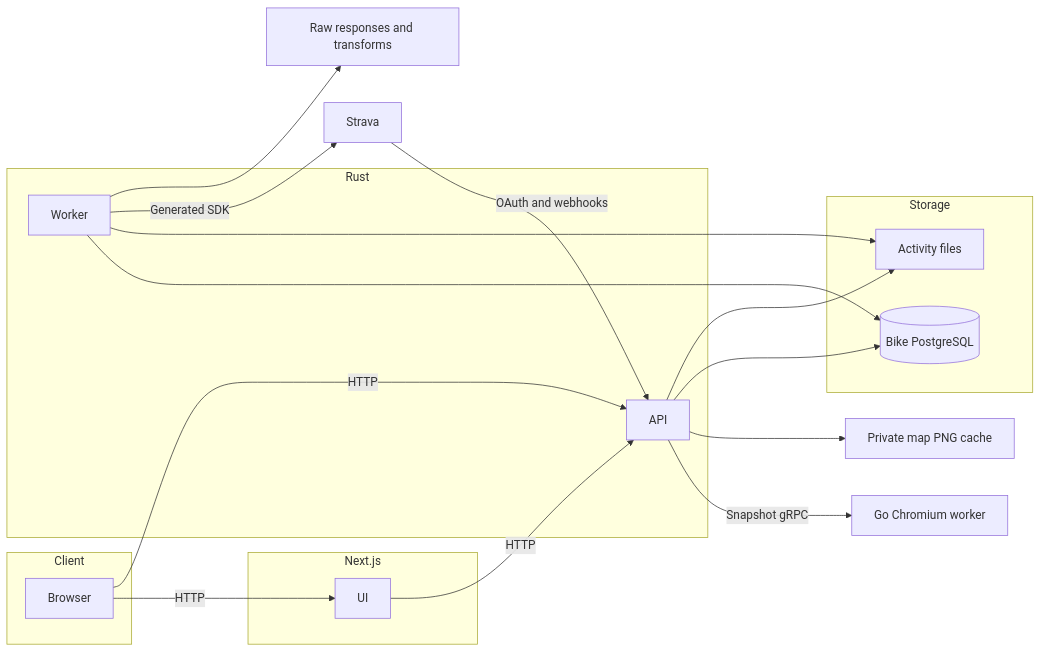
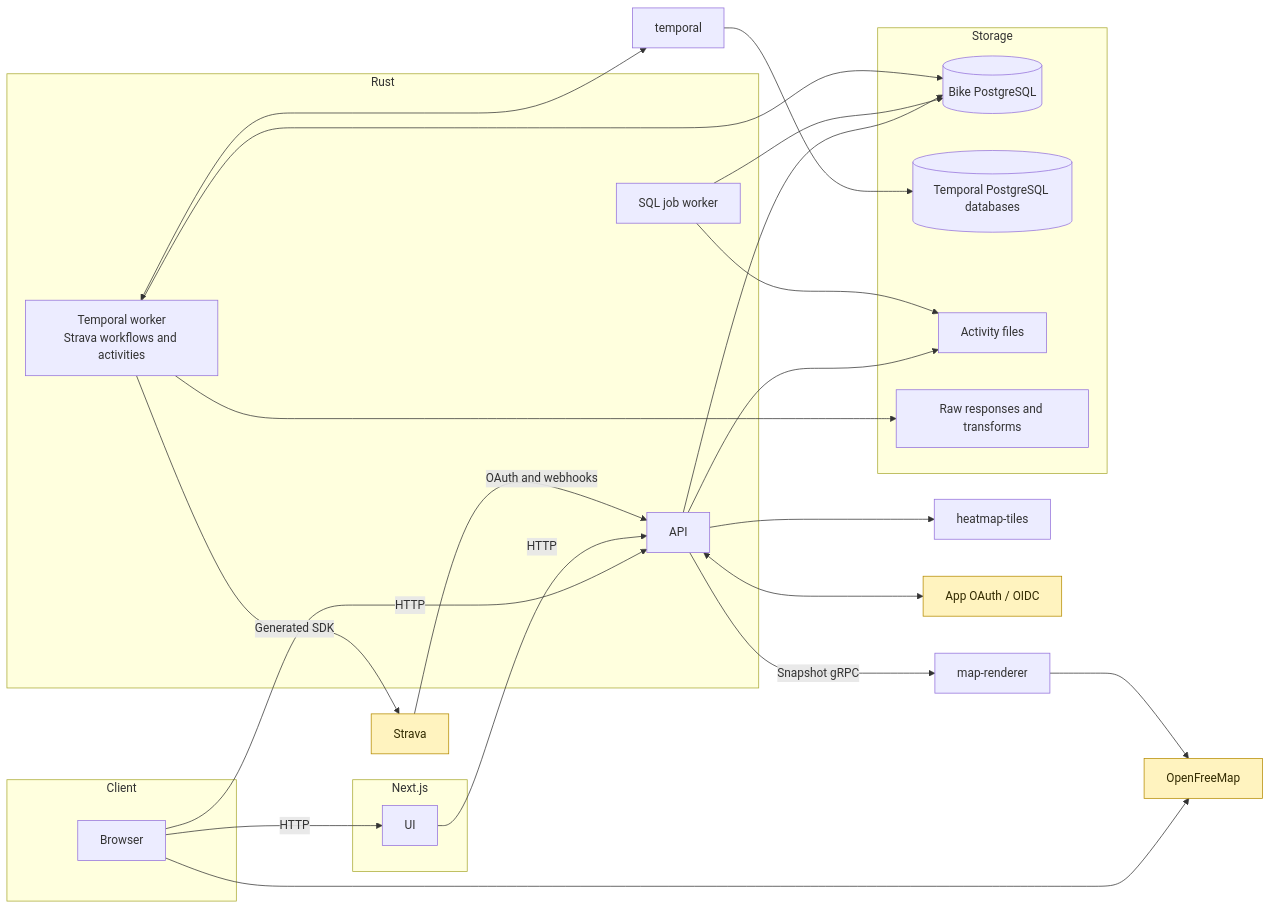
One commit to ericbutera/bike changed the diagram in README.md. Above: the diagram before and after it, drawn with Mermaid. The commit also changed other lines of this file and 1 other file, not shown here.

Commit message:
docs: clarify architecture and streamline README

````diff
--- a/README.md
+++ b/README.md
@@ -93,33 +77,45 @@
 ```mermaid
 flowchart LR
     subgraph Client
         Browser
     end
 
     subgraph Frontend["Next.js"]
         UI
     end
 
     subgraph Backend["Rust"]
         API
-        Worker
+        Worker["SQL job worker"]
+        TemporalWorker["Temporal worker<br/>Strava workflows and activities"]
     end
 
     subgraph Storage
         DB[(Bike PostgreSQL)]
+        TemporalDB[(Temporal PostgreSQL databases)]
         Files["Activity files"]
+        ProviderObjects["Raw responses and transforms"]
     end
 
     Browser -->|HTTP| UI
     Browser -->|HTTP| API
     UI -->|HTTP| API
-    API -->|Snapshot gRPC| Maps["Go Chromium worker"]
-    API --> MapCache["Private map PNG cache"]
+    API -->|Snapshot gRPC| Maps["map-renderer"]
+    API --> HeatmapTiles["heatmap-tiles"]
     API --> DB
     Worker --> DB
     API --> Files
     Worker --> Files
     Strava -->|OAuth and webhooks| API
-    Worker -->|Generated SDK| Strava
-    Worker --> ProviderObjects[Raw responses and transforms]
+    TemporalWorker --> DB
+    TemporalWorker <--> Temporal["temporal"]
+    Temporal --> TemporalDB
+    TemporalWorker -->|Generated SDK| Strava
+    TemporalWorker --> ProviderObjects
+    API <--> OAuth["App OAuth / OIDC"]
+    Browser --> OpenMaps["OpenFreeMap"]
+    Maps --> OpenMaps
+
+    classDef thirdParty fill:#fff3bf,stroke:#b58b00,color:#332b00
+    class OAuth,Strava,OpenMaps thirdParty
 ```
````
